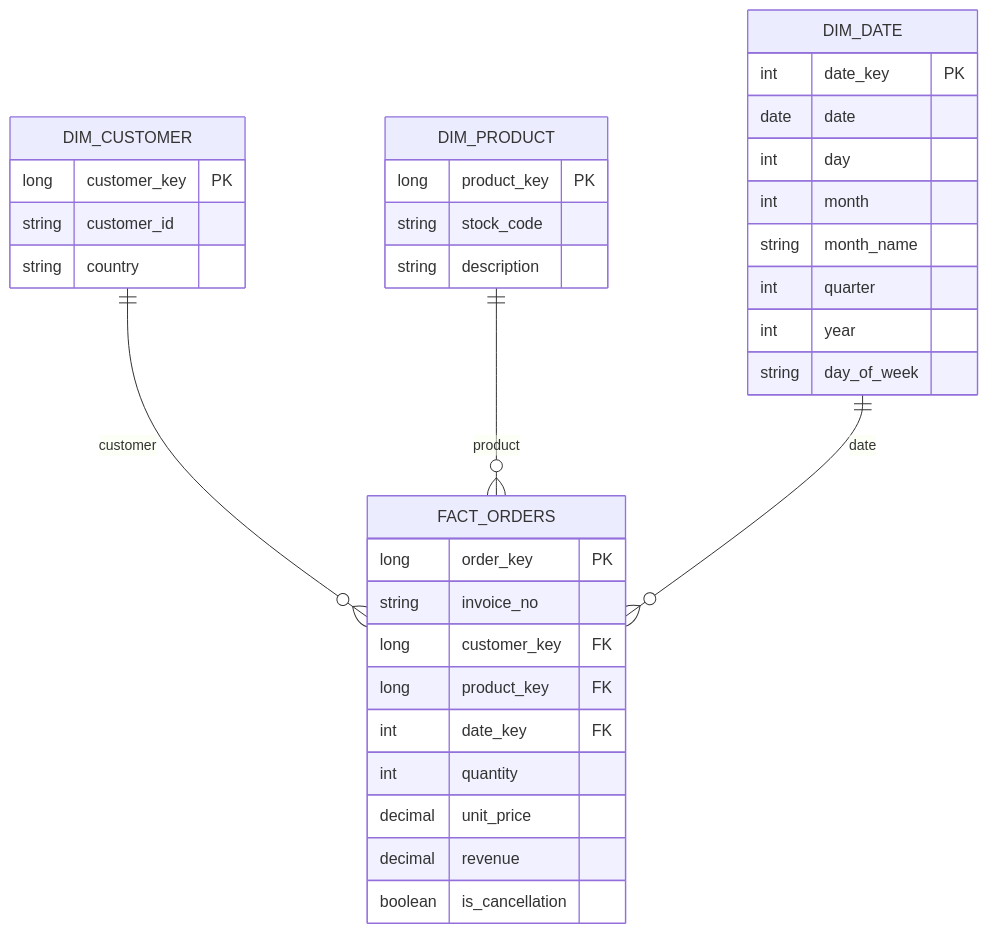
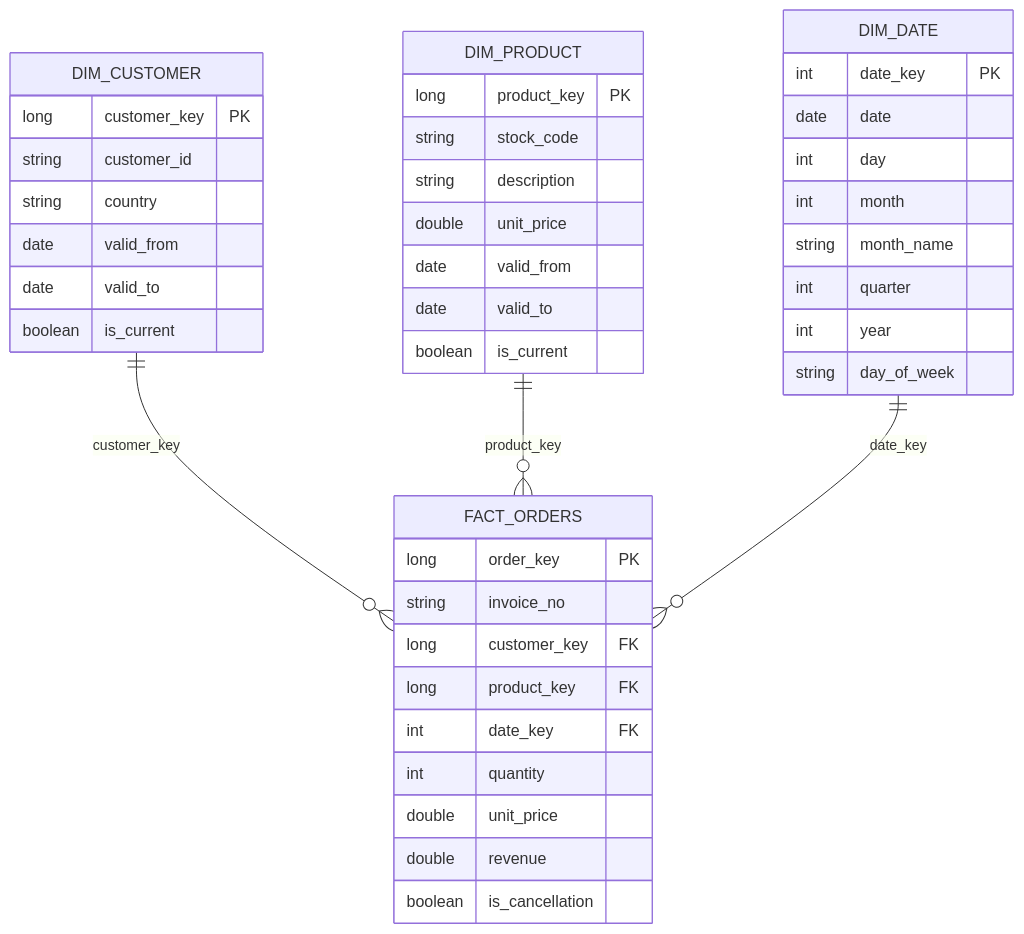
Before and after one commit to dedesch/lakehouse-pipeline: the diagram in docs/data_model.md, drawn with Mermaid. The commit also changed other lines of this file, not shown here.

````diff
--- a/docs/data_model.md
+++ b/docs/data_model.md
@@ -68,42 +97,49 @@
 ```mermaid
 erDiagram
-
-    FACT_ORDERS {
-        long order_key PK
-        string invoice_no
-        long customer_key FK
-        long product_key FK
-        int date_key FK
-        int quantity
-        decimal unit_price
-        decimal revenue
-        boolean is_cancellation
-    }
 
     DIM_CUSTOMER {
         long customer_key PK
         string customer_id
         string country
+        date valid_from
+        date valid_to
+        boolean is_current
     }
 
     DIM_PRODUCT {
         long product_key PK
         string stock_code
         string description
+        double unit_price
+        date valid_from
+        date valid_to
+        boolean is_current
     }
 
     DIM_DATE {
         int date_key PK
         date date
         int day
         int month
         string month_name
         int quarter
         int year
         string day_of_week
     }
 
-    DIM_CUSTOMER ||--o{ FACT_ORDERS : customer
-    DIM_PRODUCT  ||--o{ FACT_ORDERS : product
-    DIM_DATE     ||--o{ FACT_ORDERS : date
+    FACT_ORDERS {
+        long order_key PK
+        string invoice_no
+        long customer_key FK
+        long product_key FK
+        int date_key FK
+        int quantity
+        double unit_price
+        double revenue
+        boolean is_cancellation
+    }
+
+    DIM_CUSTOMER ||--o{ FACT_ORDERS : "customer_key"
+    DIM_PRODUCT ||--o{ FACT_ORDERS : "product_key"
+    DIM_DATE ||--o{ FACT_ORDERS : "date_key"
 ```
````
